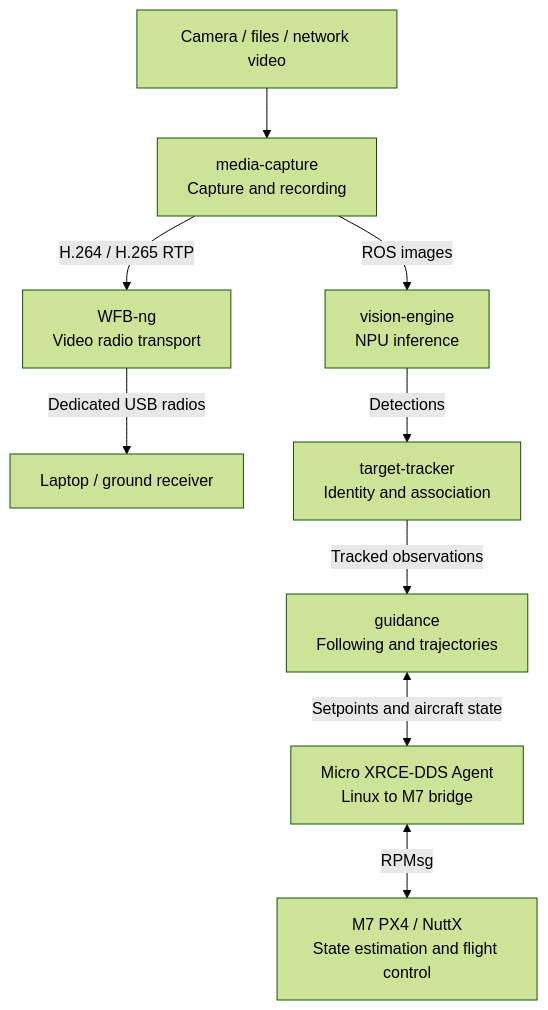
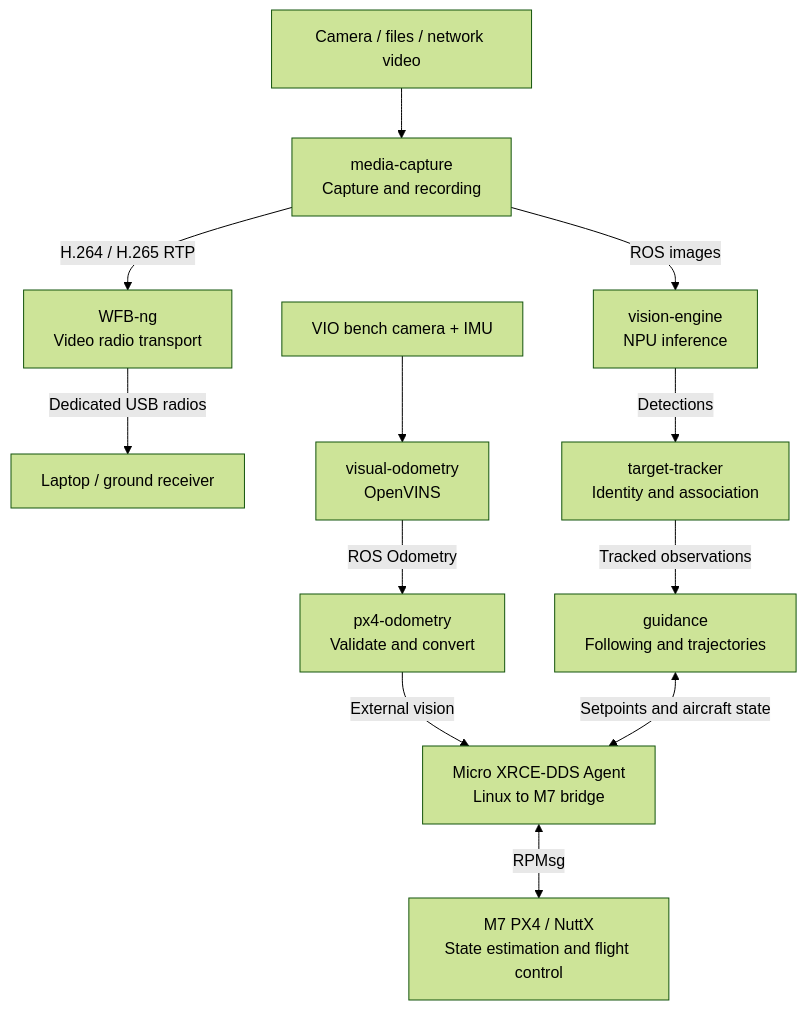
Before and after one commit to Swamy-BV/meta-raven: the diagram in README.md, drawn with Mermaid (forest theme). The commit also changed other lines of this file and 19 other files, not shown here.

First line of the commit message:
Integrate validated visual odometry with PX4 external vision

````diff
--- a/README.md
+++ b/README.md
@@ -76,21 +76,28 @@
 ```mermaid
 flowchart TD
     source["Camera / files / network video"]
     capture["media-capture<br/>Capture and recording"]
     radio["WFB-ng<br/>Video radio transport"]
     receiver["Laptop / ground receiver"]
     vision["vision-engine<br/>NPU inference"]
     tracker["target-tracker<br/>Identity and association"]
     guidance["guidance<br/>Following and trajectories"]
     dds["Micro XRCE-DDS Agent<br/>Linux to M7 bridge"]
     px4["M7 PX4 / NuttX<br/>State estimation and flight control"]
 
+    sensors["VIO bench camera + IMU"]
+    vio["visual-odometry<br/>OpenVINS"]
+    adapter["px4-odometry<br/>Validate and convert"]
+
     source --> capture
     capture -->|H.264 / H.265 RTP| radio
     radio -->|Dedicated USB radios| receiver
+    sensors --> vio
+    vio -->|ROS Odometry| adapter
+    adapter -->|External vision| dds
     capture -->|ROS images| vision
     vision -->|Detections| tracker
     tracker -->|Tracked observations| guidance
     guidance <-->|Setpoints and aircraft state| dds
     dds <-->|RPMsg| px4
 ```
````
